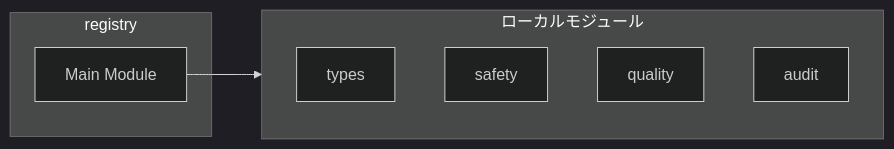
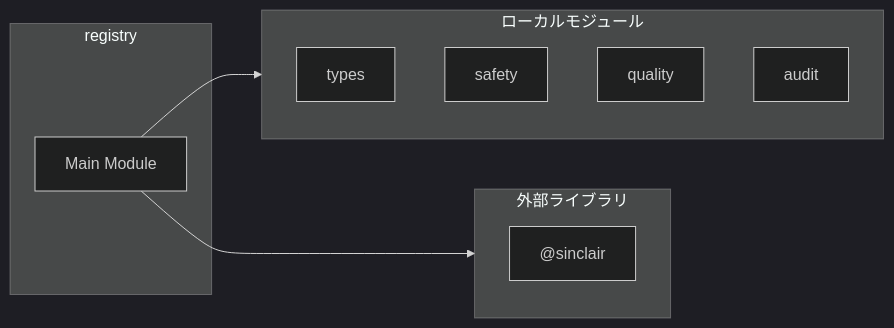
One commit to Mekann2904/mekann changed the second of 4 diagrams in ABDD/.pi/lib/dynamic-tools/registry.md. Above: the diagram before and after it, drawn with Mermaid (dark theme). The commit also changed other lines of this file and 205 other files, not shown here.

````diff
--- a/ABDD/.pi/lib/dynamic-tools/registry.md
+++ b/ABDD/.pi/lib/dynamic-tools/registry.md
@@ -118,13 +118,18 @@
 ```mermaid
 flowchart LR
   subgraph this[registry]
     main[Main Module]
   end
   subgraph local[ローカルモジュール]
     types["types"]
     safety["safety"]
     quality["quality"]
     audit["audit"]
   end
   main --> local
+  subgraph external[外部ライブラリ]
+    _sinclair["@sinclair"]
+    _sinclair["@sinclair"]
+  end
+  main --> external
 ```
````
